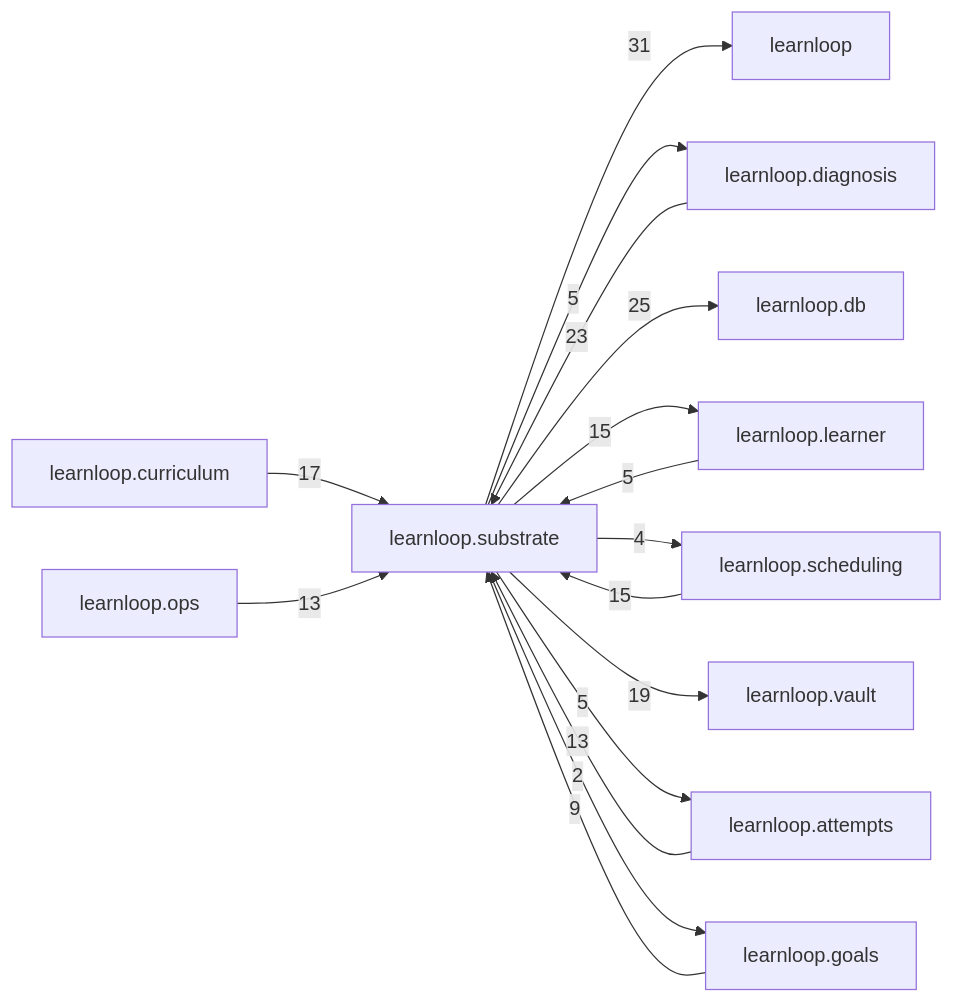
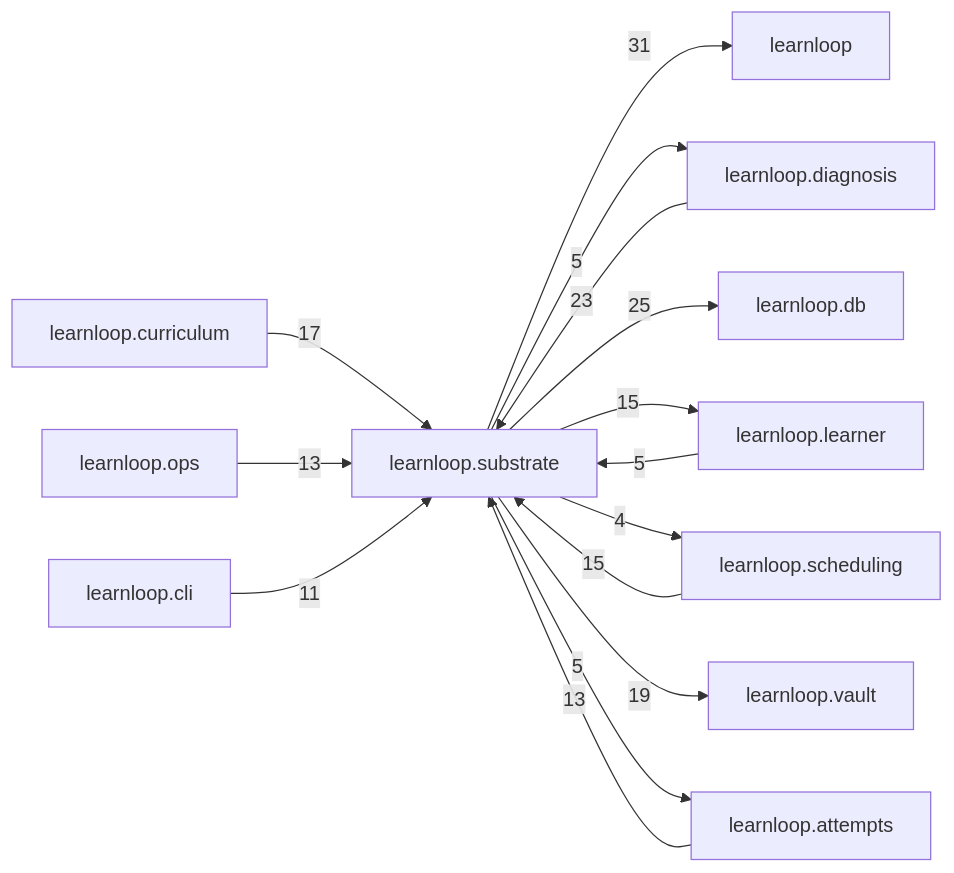
The diagram in docs/learnloop-architecture-vault/Reference/Modules/learnloop/substrate/_package.md (6up-b/learnanything), drawn with Mermaid before and after one commit. The commit also changed other lines of this file and 50 other files, not shown here.

````diff
--- a/docs/learnloop-architecture-vault/Reference/Modules/learnloop/substrate/_package.md
+++ b/docs/learnloop-architecture-vault/Reference/Modules/learnloop/substrate/_package.md
@@ -164,29 +164,28 @@
 ```mermaid
 flowchart LR
     center["learnloop.substrate"]
     n_learnloop["learnloop"]
     n_learnloop_diagnosis["learnloop.diagnosis"]
     n_learnloop_db["learnloop.db"]
     n_learnloop_learner["learnloop.learner"]
     n_learnloop_scheduling["learnloop.scheduling"]
     n_learnloop_vault["learnloop.vault"]
     n_learnloop_attempts["learnloop.attempts"]
     n_learnloop_curriculum["learnloop.curriculum"]
     n_learnloop_ops["learnloop.ops"]
-    n_learnloop_goals["learnloop.goals"]
+    n_learnloop_cli["learnloop.cli"]
     center -->|31| n_learnloop
     n_learnloop_diagnosis -->|23| center
     center -->|5| n_learnloop_diagnosis
     center -->|25| n_learnloop_db
     n_learnloop_learner -->|5| center
     center -->|15| n_learnloop_learner
     n_learnloop_scheduling -->|15| center
     center -->|4| n_learnloop_scheduling
     center -->|19| n_learnloop_vault
     n_learnloop_attempts -->|13| center
     center -->|5| n_learnloop_attempts
     n_learnloop_curriculum -->|17| center
     n_learnloop_ops -->|13| center
-    n_learnloop_goals -->|9| center
-    center -->|2| n_learnloop_goals
+    n_learnloop_cli -->|11| center
 ```
````
